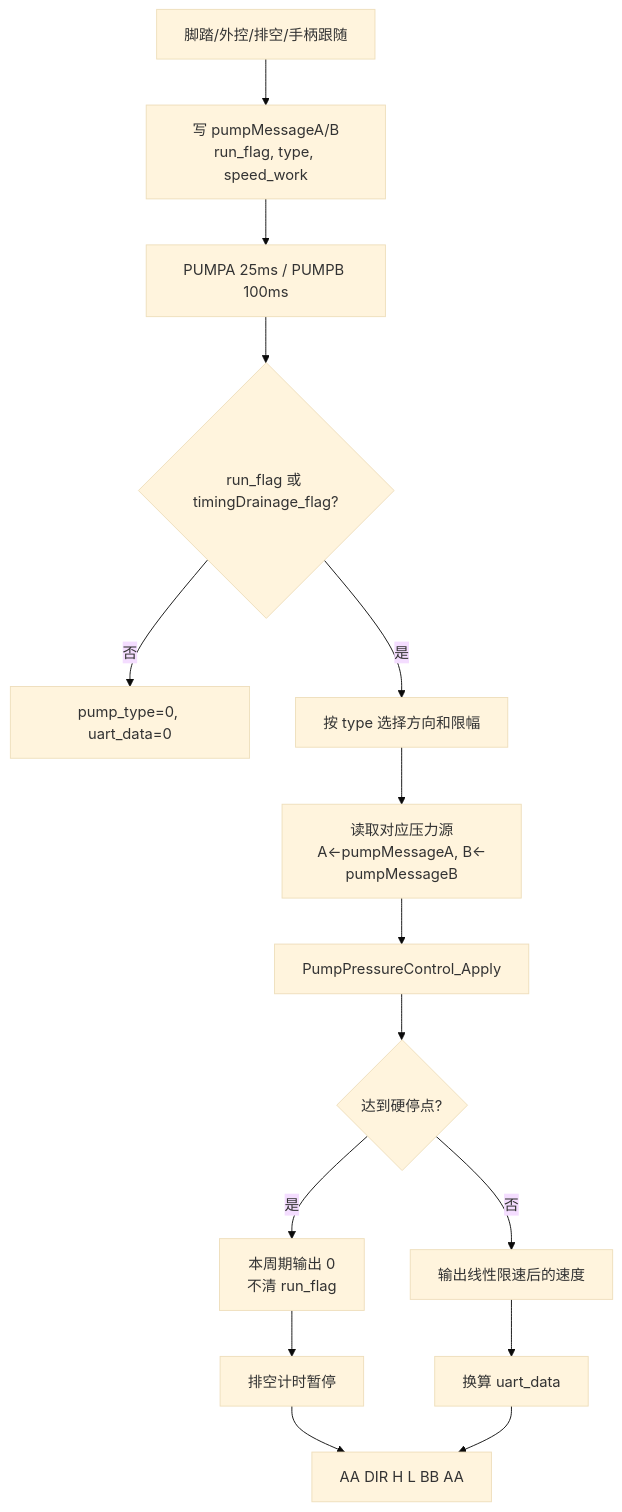
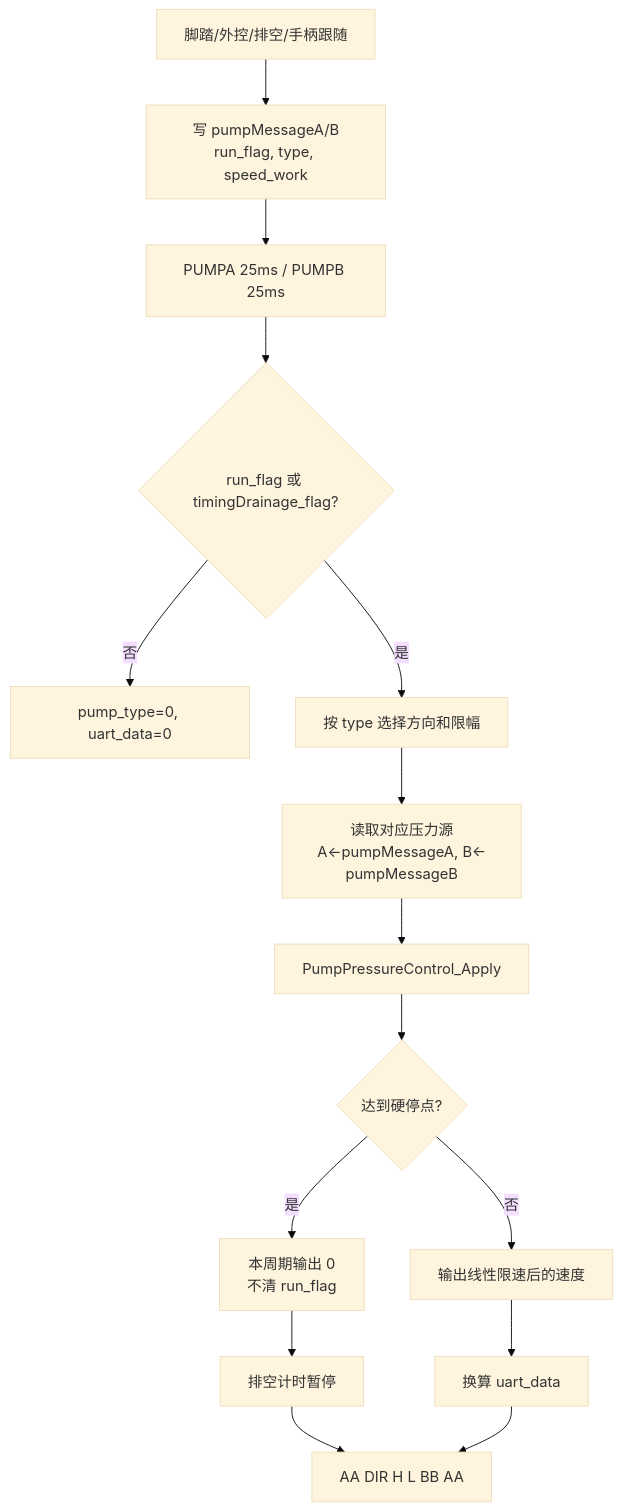
Diagram 13 of 22 in docs/product-software-handoff.md (HW9711/EH-main), drawn with Mermaid (base theme) before and after one commit. The commit also changed other lines of this file and 46 other files, not shown here.

````diff
--- a/docs/product-software-handoff.md
+++ b/docs/product-software-handoff.md
@@ -1151,17 +1151,17 @@
 ```mermaid
 flowchart TD
     A["脚踏/外控/排空/手柄跟随"] --> B["写 pumpMessageA/B\nrun_flag, type, speed_work"]
-    B --> C["PUMPA 25ms / PUMPB 100ms"]
+    B --> C["PUMPA 25ms / PUMPB 25ms"]
     C --> D{"run_flag 或 timingDrainage_flag?"}
     D -->|否| E["pump_type=0, uart_data=0"]
     D -->|是| F["按 type 选择方向和限幅"]
     F --> G["读取对应压力源\nA<-pumpMessageA, B<-pumpMessageB"]
     G --> H["PumpPressureControl_Apply"]
     H --> I{"达到硬停点?"}
     I -->|是| J["本周期输出 0\n不清 run_flag"]
     I -->|否| K["输出线性限速后的速度"]
     J --> L["排空计时暂停"]
     K --> M["换算 uart_data"]
     L --> N["AA DIR H L BB AA"]
     M --> N
 ```
````
